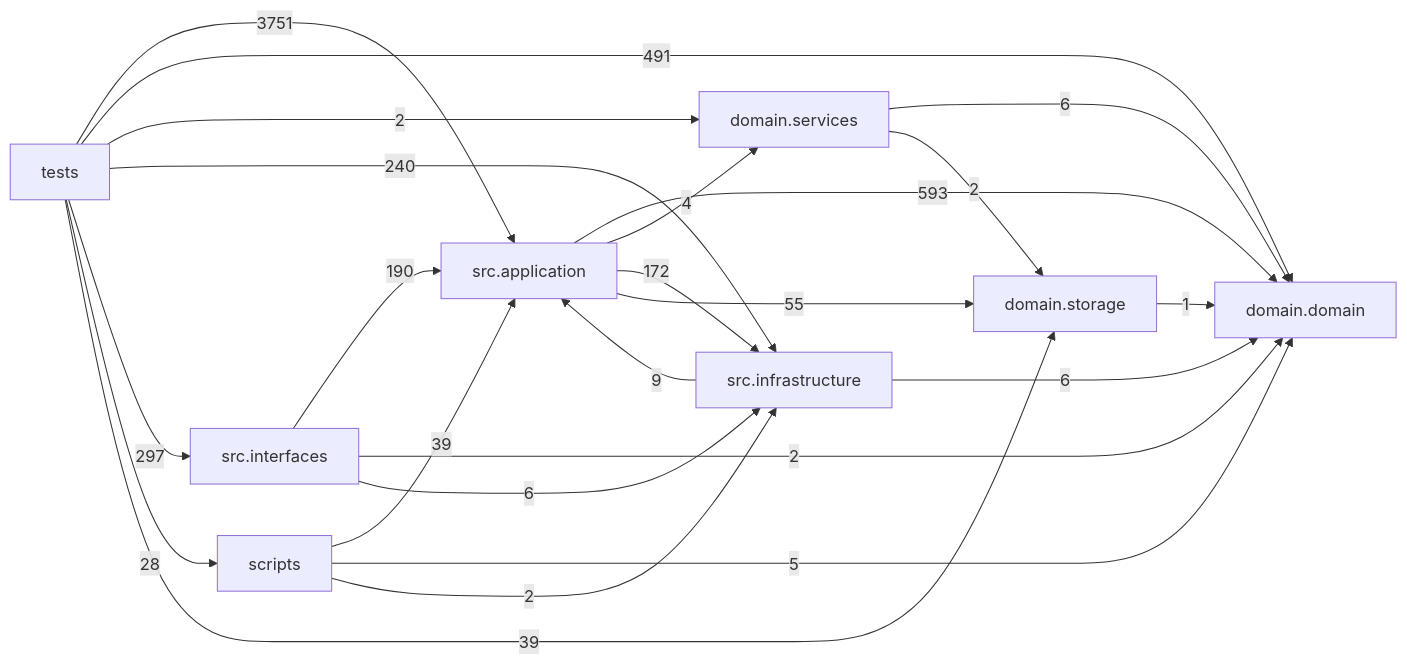
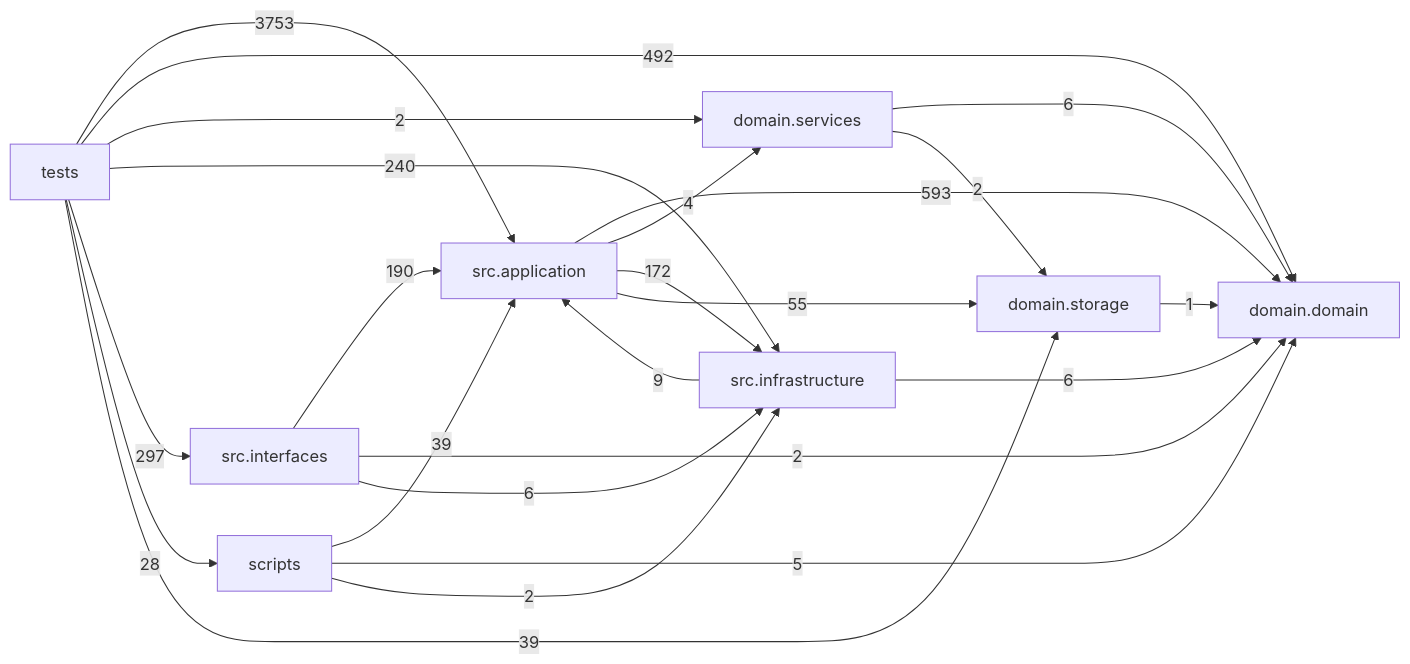
The diagram in docs/DEPENDENCY_GRAPH.md (liuxie066/options-monitor), drawn with Mermaid before and after one commit. The commit also changed other lines of this file and 7 other files, not shown here.

````diff
--- a/docs/DEPENDENCY_GRAPH.md
+++ b/docs/DEPENDENCY_GRAPH.md
@@ -24,33 +24,33 @@
 ```mermaid
 flowchart LR
   tests["tests"]
   scripts["scripts"]
   interfaces["src.interfaces"]
   application["src.application"]
   infrastructure["src.infrastructure"]
   domain_services["domain.services"]
   domain["domain.domain"]
   storage["domain.storage"]
   application -->|593| domain
   application -->|4| domain_services
   application -->|172| infrastructure
   application -->|55| storage
   domain_services -->|6| domain
   domain_services -->|2| storage
   infrastructure -->|9| application
   infrastructure -->|6| domain
   interfaces -->|190| application
   interfaces -->|2| domain
   interfaces -->|6| infrastructure
   scripts -->|39| application
   scripts -->|5| domain
   scripts -->|2| infrastructure
   storage -->|1| domain
-  tests -->|3751| application
-  tests -->|491| domain
+  tests -->|3753| application
+  tests -->|492| domain
   tests -->|2| domain_services
   tests -->|240| infrastructure
   tests -->|297| interfaces
   tests -->|28| scripts
   tests -->|39| storage
 ```
````
